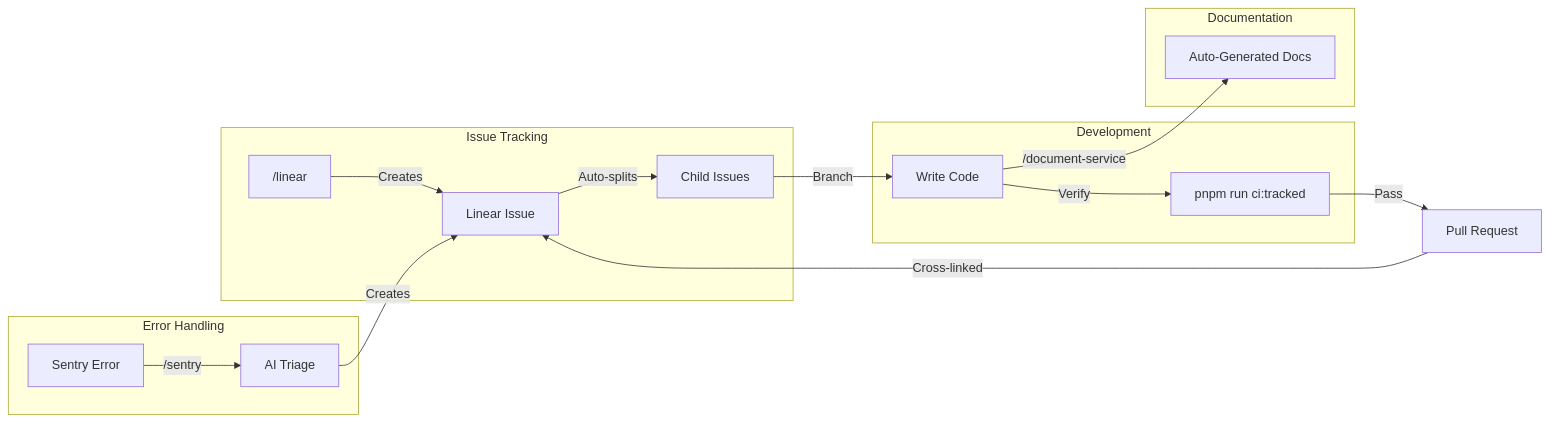
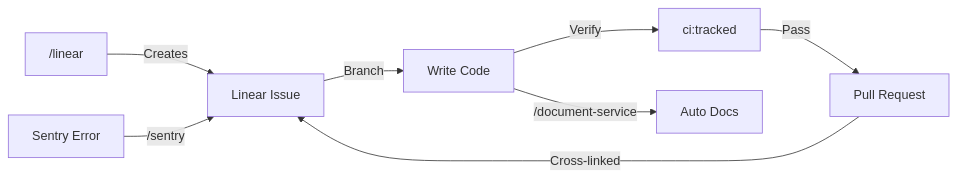
The second of 2 diagrams in README.md (pbuchman/praxos), drawn with Mermaid before and after one commit. The commit also changed other lines of this file, not shown here.

````diff
--- a/README.md
+++ b/README.md
@@ -187,24 +162,10 @@
 ```mermaid
 graph LR
-    subgraph "Issue Tracking"
-        L["/linear"] -->|Creates| Issue[Linear Issue]
-        Issue -->|Auto-splits| Children[Child Issues]
-    end
-
-    subgraph "Development"
-        Children -->|Branch| Code[Write Code]
-        Code -->|Verify| CI["pnpm run ci:tracked"]
-    end
-
-    subgraph "Error Handling"
-        Sentry[Sentry Error] -->|"/sentry"| Triage[AI Triage]
-        Triage -->|Creates| Issue
-    end
-
-    subgraph "Documentation"
-        Code -->|"/document-service"| Docs[Auto-Generated Docs]
-    end
-
+    L["/linear"] -->|Creates| Issue[Linear Issue]
+    Issue -->|Branch| Code[Write Code]
+    Code -->|Verify| CI["ci:tracked"]
     CI -->|Pass| PR[Pull Request]
     PR -->|Cross-linked| Issue
+    Sentry[Sentry Error] -->|"/sentry"| Issue
+    Code -->|"/document-service"| Docs[Auto Docs]
 ```
````
